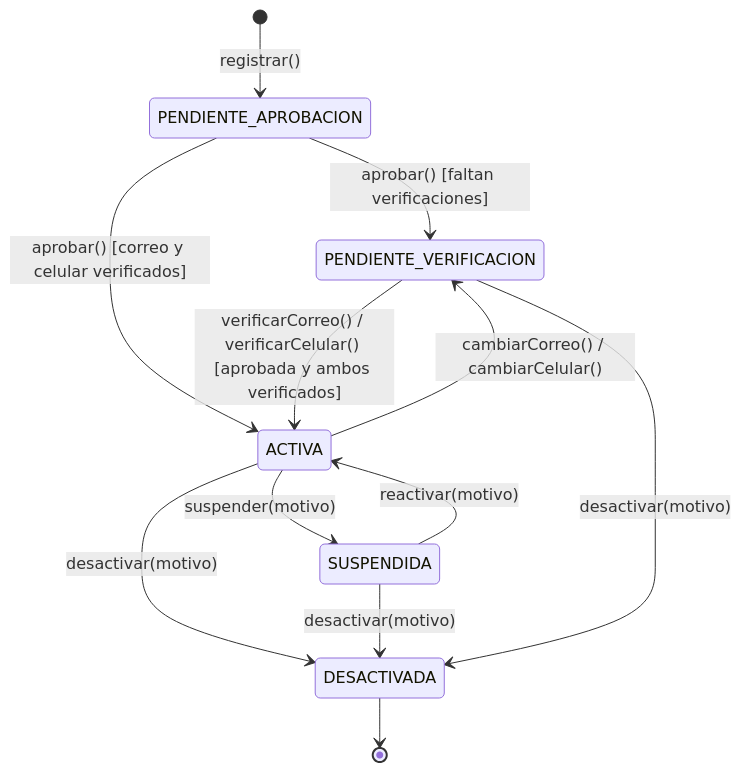
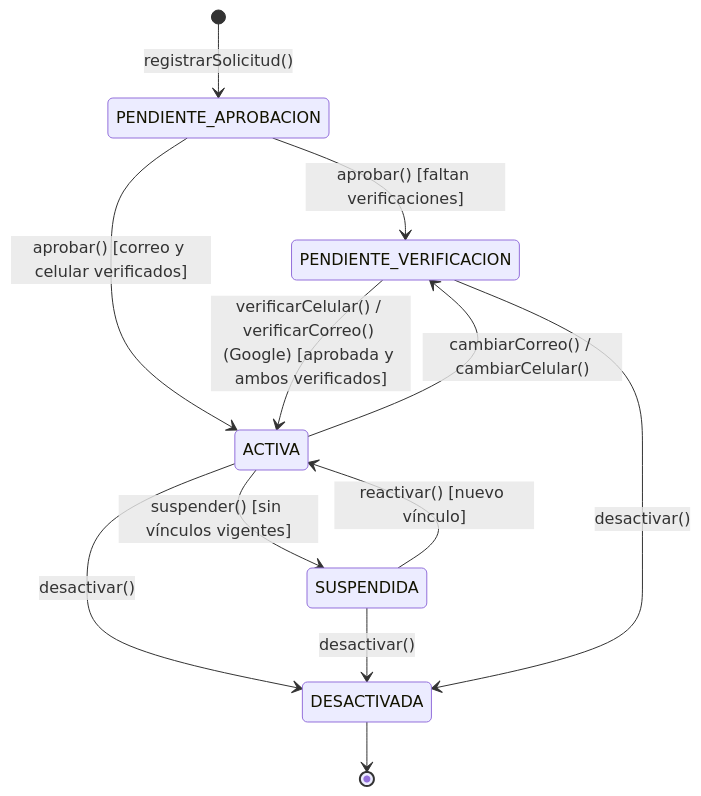
The second of 14 diagrams in documentacion/docs/06-diagramas-comportamiento/README.md (JaiderSoto07/kudos-backend), drawn with Mermaid before and after one commit. The commit also changed other lines of this file and 143 other files, not shown here.

````diff
--- a/documentacion/docs/06-diagramas-comportamiento/README.md
+++ b/documentacion/docs/06-diagramas-comportamiento/README.md
@@ -55,14 +55,14 @@
 ```mermaid
 stateDiagram-v2
-    [*] --> PENDIENTE_APROBACION : registrar()
+    [*] --> PENDIENTE_APROBACION : registrarSolicitud()
     PENDIENTE_APROBACION --> PENDIENTE_VERIFICACION : aprobar() [faltan verificaciones]
     PENDIENTE_APROBACION --> ACTIVA : aprobar() [correo y celular verificados]
-    PENDIENTE_VERIFICACION --> ACTIVA : verificarCorreo() / verificarCelular() [aprobada y ambos verificados]
+    PENDIENTE_VERIFICACION --> ACTIVA : verificarCelular() / verificarCorreo() (Google) [aprobada y ambos verificados]
     ACTIVA --> PENDIENTE_VERIFICACION : cambiarCorreo() / cambiarCelular()
-    ACTIVA --> SUSPENDIDA : suspender(motivo)
-    SUSPENDIDA --> ACTIVA : reactivar(motivo)
-    ACTIVA --> DESACTIVADA : desactivar(motivo)
-    SUSPENDIDA --> DESACTIVADA : desactivar(motivo)
-    PENDIENTE_VERIFICACION --> DESACTIVADA : desactivar(motivo)
+    ACTIVA --> SUSPENDIDA : suspender() [sin vínculos vigentes]
+    SUSPENDIDA --> ACTIVA : reactivar() [nuevo vínculo]
+    ACTIVA --> DESACTIVADA : desactivar()
+    SUSPENDIDA --> DESACTIVADA : desactivar()
+    PENDIENTE_VERIFICACION --> DESACTIVADA : desactivar()
     DESACTIVADA --> [*]
 ```
````
